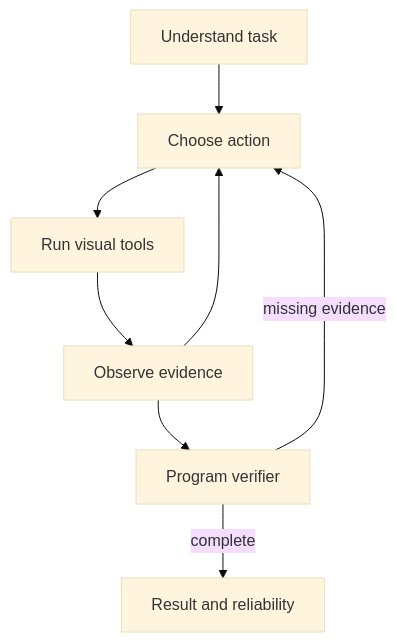
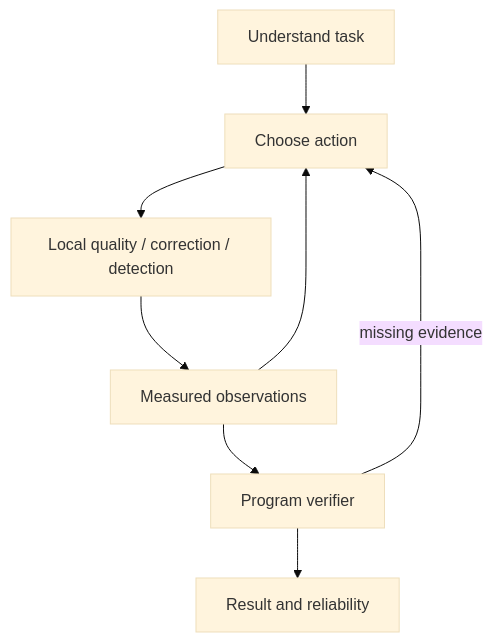
The diagram in README.md (sadbrand11-blip/underwater-vision-agent), drawn with Mermaid (base theme) before and after one commit. The commit also changed other lines of this file and 68 other files, not shown here.

````diff
--- a/README.md
+++ b/README.md
@@ -32,10 +30,10 @@
 ```mermaid
 flowchart TD
     G[Understand task] --> A[Choose action]
-    A --> T[Run visual tools]
-    T --> O[Observe evidence]
+    A --> T[Local quality / correction / detection]
+    T --> O[Measured observations]
     O --> A
     O --> V[Program verifier]
     V -->|missing evidence| A
-    V -->|complete| R[Result and reliability]
+    V --> R[Result and reliability]
 ```
````
